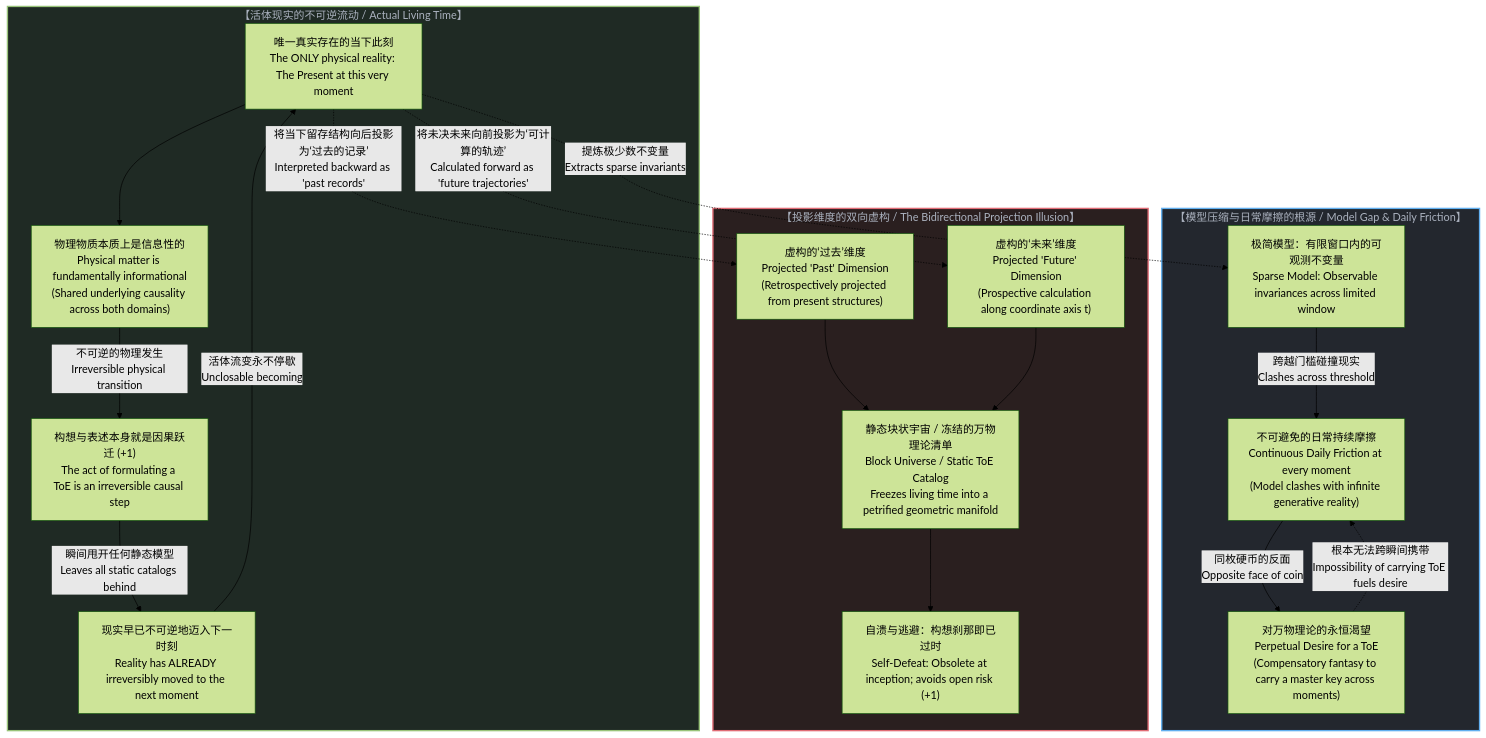
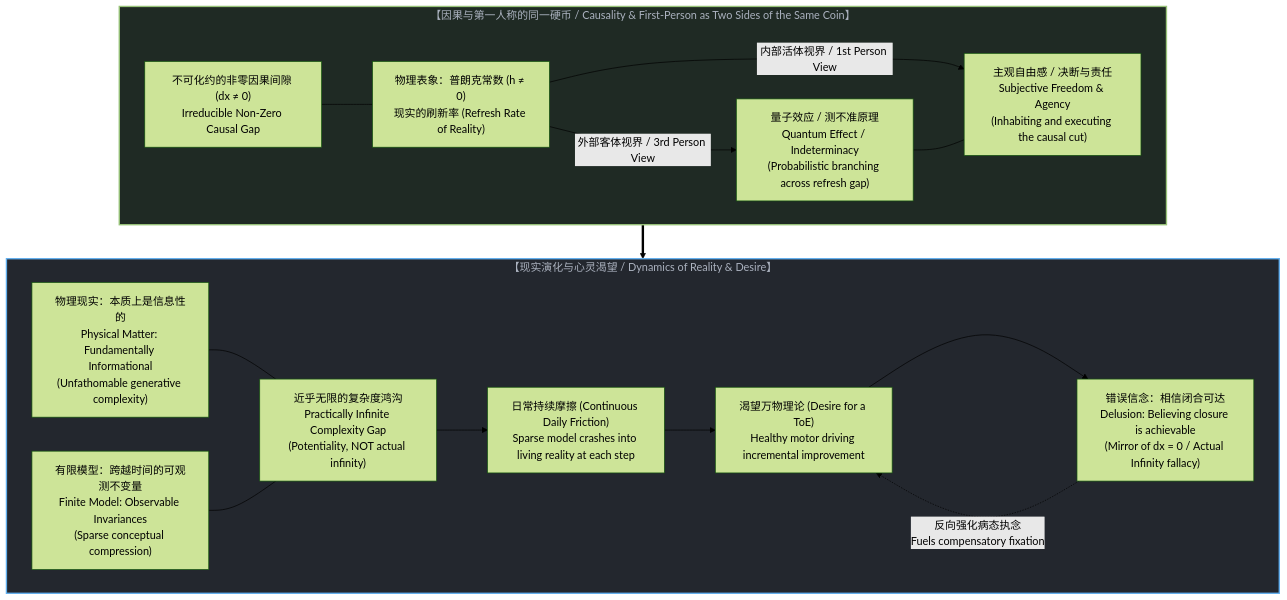
The diagram in content/posts/demanding-a-toe-freezes-time-into-a-catalog.md (powerpig99/not-a-toe), drawn with Mermaid (forest theme) before and after one commit. The commit also changed other lines of this file and 3 other files, not shown here.

First line of the commit message:
Unify Planck refresh rate, quantum indeterminacy, and subjective freedom

````diff
--- a/content/posts/demanding-a-toe-freezes-time-into-a-catalog.md
+++ b/content/posts/demanding-a-toe-freezes-time-into-a-catalog.md
@@ -466,42 +538,38 @@
 ```mermaid
 graph TD
-    subgraph ActualTime["【活体现实的不可逆流动 / Actual Living Time】"]
-        Now["唯一真实存在的当下此刻<br>The ONLY physical reality: The Present at this very moment"]
-        MatterInfo["物理物质本质上是信息性的<br>Physical matter is fundamentally informational<br>(Shared underlying causality across both domains)"]
-        Act["构想与表述本身就是因果跃迁 (+1)<br>The act of formulating a ToE is an irreversible causal step"]
-        Next["现实早已不可逆地迈入下一时刻<br>Reality has ALREADY irreversibly moved to the next moment"]
+    subgraph GrandCoherence["【因果与第一人称的同一硬币 / Causality & First-Person as Two Sides of the Same Coin】"]
+        Cut["不可化约的非零因果间隙 (dx ≠ 0)<br>Irreducible Non-Zero Causal Gap"]
+        Planck["物理表象：普朗克常数 (h ≠ 0)<br>现实的刷新率 (Refresh Rate of Reality)"]
         
-        Now --> MatterInfo
-        MatterInfo -->|"不可逆的物理发生<br>Irreversible physical transition"| Act
-        Act -->|"瞬间甩开任何静态模型<br>Leaves all static catalogs behind"| Next
-        Next -->|"活体流变永不停歇<br>Unclosable becoming"| Now
+        Cut --- Planck
+        
+        Planck -->|"外部客体视界 / 3rd Person View"| Quantum["量子效应 / 测不准原理<br>Quantum Effect / Indeterminacy<br>(Probabilistic branching across refresh gap)"]
+        Planck -->|"内部活体视界 / 1st Person View"| Freedom["主观自由感 / 决断与责任<br>Subjective Freedom & Agency<br>(Inhabiting and executing the causal cut)"]
+        
+        Quantum --- Freedom
     end
 
-    subgraph ModelGap["【模型压缩与日常摩擦的根源 / Model Gap & Daily Friction】"]
-        Inv["极简模型：有限窗口内的可观测不变量<br>Sparse Model: Observable invariances across limited window"]
-        Friction["不可避免的日常持续摩擦<br>Continuous Daily Friction at every moment<br>(Model clashes with infinite generative reality)"]
-        Desire["对万物理论的永恒渴望<br>Perpetual Desire for a ToE<br>(Compensatory fantasy to carry a master key across moments)"]
+    subgraph Dynamics["【现实演化与心灵渴望 / Dynamics of Reality & Desire】"]
+        Reality["物理现实：本质上是信息性的<br>Physical Matter: Fundamentally Informational<br>(Unfathomable generative complexity)"]
+        Model["有限模型：跨越时间的可观测不变量<br>Finite Model: Observable Invariances<br>(Sparse conceptual compression)"]
         
-        Inv -->|"跨越门槛碰撞现实<br>Clashes across threshold"| Friction
-        Friction -->|"同枚硬币的反面<br>Opposite face of coin"| Desire
-        Desire -. "根本无法跨瞬间携带<br>Impossibility of carrying ToE fuels desire" .-> Friction
+        Gap["近乎无限的复杂度鸿沟<br>Practically Infinite Complexity Gap<br>(Potentiality, NOT actual infinity)"]
+        Reality --- Gap
+        Model --- Gap
+        
+        Friction["日常持续摩擦 (Continuous Daily Friction)<br>Sparse model crashes into living reality at each step"]
+        Gap --> Friction
+        
+        Desire["渴望万物理论 (Desire for a ToE)<br>Healthy motor driving incremental improvement"]
+        Belief["错误信念：相信闭合可达<br>Delusion: Believing closure is achievable<br>(Mirror of dx = 0 / Actual Infinity fallacy)"]
+        
+        Friction --> Desire
+        Desire --> Belief
+        Belief -. "反向强化病态执念<br>Fuels compensatory fixation" .-> Desire
     end
 
-    subgraph DimensionIllusion["【投影维度的双向虚构 / The Bidirectional Projection Illusion】"]
-        P_Past["虚构的‘过去’维度<br>Projected 'Past' Dimension<br>(Retrospectively projected from present structures)"]
-        P_Future["虚构的‘未来’维度<br>Projected 'Future' Dimension<br>(Prospective calculation along coordinate axis t)"]
-        
-        P_Block["静态块状宇宙 / 冻结的万物理论清单<br>Block Universe / Static ToE Catalog<br>Freezes living time into a petrified geometric manifold"]
-        P_Past --> P_Block
-        P_Future --> P_Block
-        P_Block --> P_Paralysis["自溃与逃避：构想刹那即已过时<br>Self-Defeat: Obsolete at inception; avoids open risk (+1)"]
-    end
+    GrandCoherence ==> Dynamics
 
-    Now -. "提炼极少数不变量<br>Extracts sparse invariants" .-> Inv
-    Now -. "将当下留存结构向后投影为‘过去的记录’<br>Interpreted backward as 'past records'" .-> P_Past
-    Now -. "将未决未来向前投影为‘可计算的轨迹’<br>Calculated forward as 'future trajectories'" .-> P_Future
-
-    style ActualTime fill:#1f2a24,stroke:#98c379,stroke-width:2px,color:#abb2bf
-    style ModelGap fill:#23272e,stroke:#61afef,stroke-width:2px,color:#abb2bf
-    style DimensionIllusion fill:#2a1f1f,stroke:#e06c75,stroke-width:2px,color:#abb2bf
+    style GrandCoherence fill:#1f2a24,stroke:#98c379,stroke-width:2px,color:#abb2bf
+    style Dynamics fill:#23272e,stroke:#61afef,stroke-width:2px,color:#abb2bf
 ```
````
